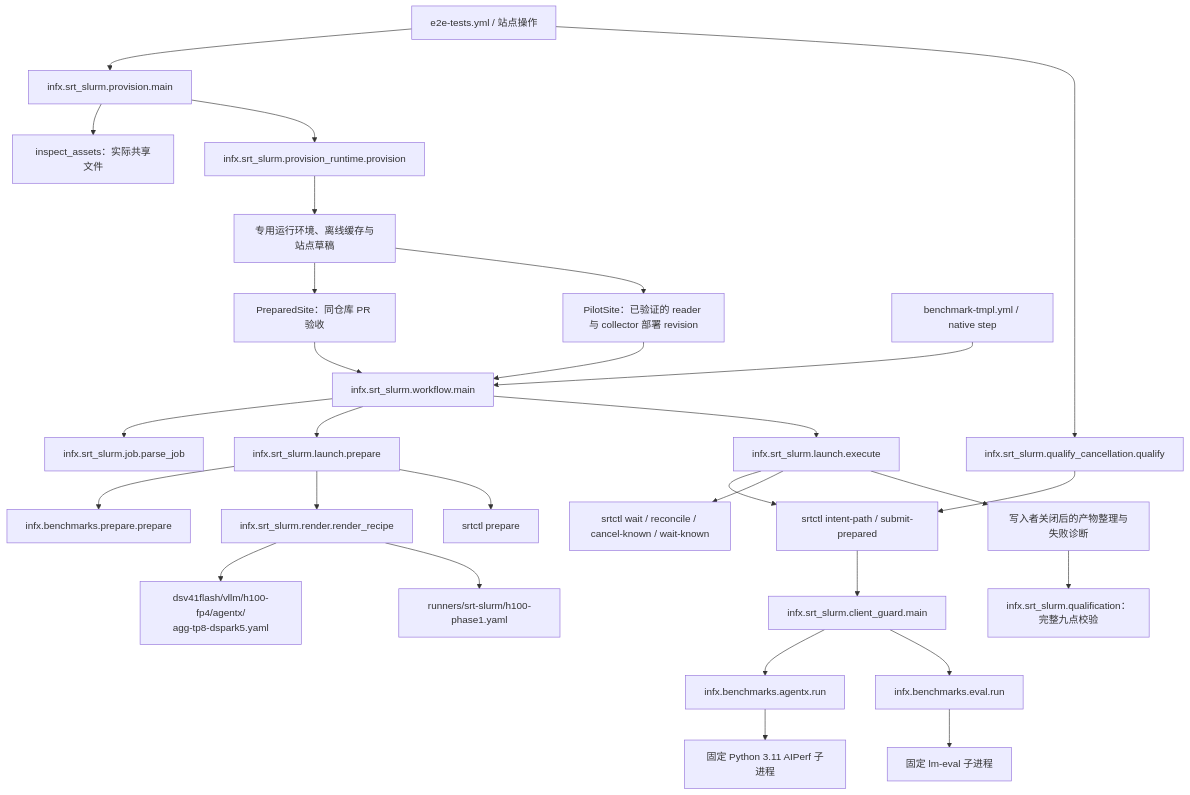
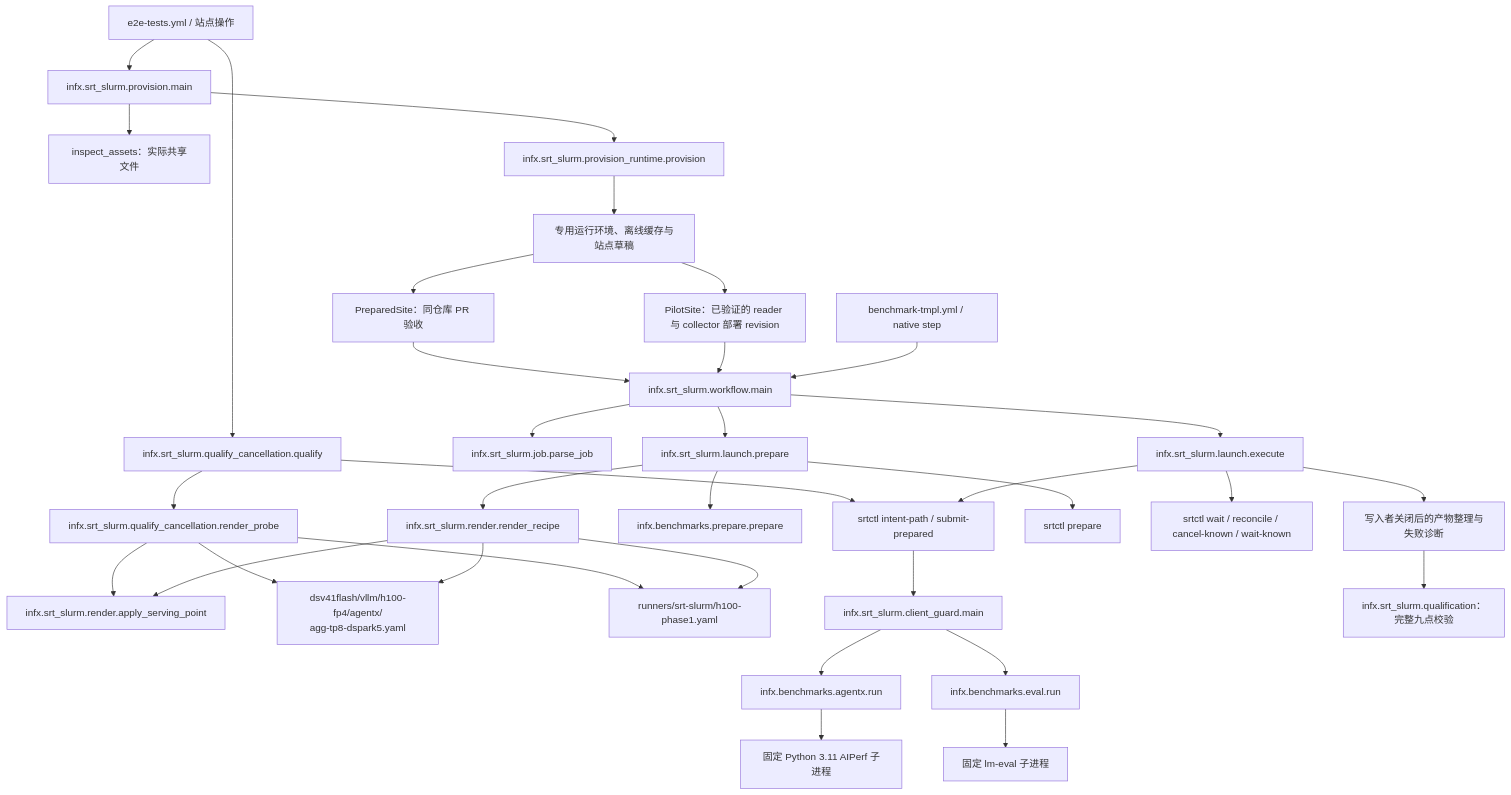
Before and after one commit to SemiAnalysisAI/InferenceX: the second of 2 diagrams in docs/srt-slurm-phase1_zh.md, drawn with Mermaid. The commit also changed 1 other file, not shown here.

Commit message:
docs: show shared Phase 1 serving argument calls
更新中英文函数与文件调用图，标明正式 sweep 和取消探针共用服务参数渲染函数。

````diff
--- a/docs/srt-slurm-phase1_zh.md
+++ b/docs/srt-slurm-phase1_zh.md
@@ -37,31 +37,36 @@
 ```mermaid
 flowchart TD
   E[e2e-tests.yml / 站点操作] --> SP[infx.srt_slurm.provision.main]
   SP --> SI[inspect_assets：实际共享文件]
   SP --> SR[infx.srt_slurm.provision_runtime.provision]
   E --> CQ[infx.srt_slurm.qualify_cancellation.qualify]
+  CQ --> CR[infx.srt_slurm.qualify_cancellation.render_probe]
+  CR --> AS[infx.srt_slurm.render.apply_serving_point]
+  CR --> Y
+  CR --> H
   CQ --> NI
   SR --> SD[专用运行环境、离线缓存与站点草稿]
   SD --> PQ[PreparedSite：同仓库 PR 验收]
   PQ --> F
   SD --> DP[PilotSite：已验证的 reader 与 collector 部署 revision]
   DP --> F
   W[benchmark-tmpl.yml / native step] --> F[infx.srt_slurm.workflow.main]
   F --> J[infx.srt_slurm.job.parse_job]
   F --> P[infx.srt_slurm.launch.prepare]
   P --> CP[infx.benchmarks.prepare.prepare]
   P --> R[infx.srt_slurm.render.render_recipe]
+  R --> AS
   R --> Y["dsv41flash/vllm/h100-fp4/agentx/<br/>agg-tp8-dspark5.yaml"]
   R --> H[runners/srt-slurm/h100-phase1.yaml]
   P --> NP[srtctl prepare]
   F --> X[infx.srt_slurm.launch.execute]
   X --> NI[srtctl intent-path / submit-prepared]
   X --> NW[srtctl wait / reconcile / cancel-known / wait-known]
   NI --> G[infx.srt_slurm.client_guard.main]
   G --> AX[infx.benchmarks.agentx.run]
   G --> EV[infx.benchmarks.eval.run]
   AX --> AIP[固定 Python 3.11 AIPerf 子进程]
   EV --> LM[固定 lm-eval 子进程]
   X --> O[写入者关闭后的产物整理与失败诊断]
   O --> QV[infx.srt_slurm.qualification：完整九点校验]
 ```
````
